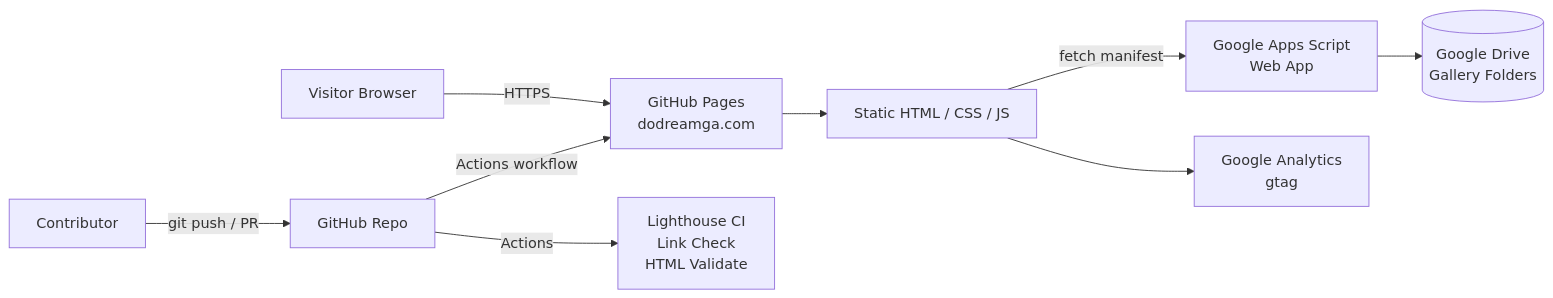
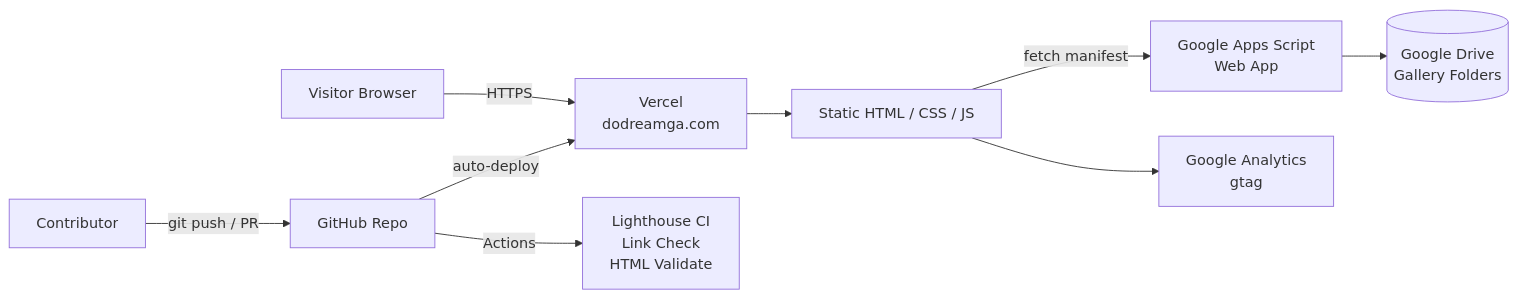
One commit to jwoo6310/dodreamga.com changed the diagram in README.md. Above: the diagram before and after it, drawn with Mermaid. The commit also changed other lines of this file and 4 other files, not shown here.

Commit message:
chore: remove GitHub Pages deploy, update docs for Vercel hosting

````diff
--- a/README.md
+++ b/README.md
@@ -18,12 +18,12 @@
 ```mermaid
 flowchart LR
-    A[Visitor Browser] -->|HTTPS| B[GitHub Pages<br/>dodreamga.com]
+    A[Visitor Browser] -->|HTTPS| B[Vercel<br/>dodreamga.com]
     B --> C[Static HTML / CSS / JS]
     C -->|fetch manifest| D[Google Apps Script<br/>Web App]
     D --> E[(Google Drive<br/>Gallery Folders)]
     C --> F[Google Analytics<br/>gtag]
 
     G[Contributor] -->|git push / PR| H[GitHub Repo]
-    H -->|Actions workflow| B
+    H -->|auto-deploy| B
     H -->|Actions| I[Lighthouse CI<br/>Link Check<br/>HTML Validate]
 ```
````
